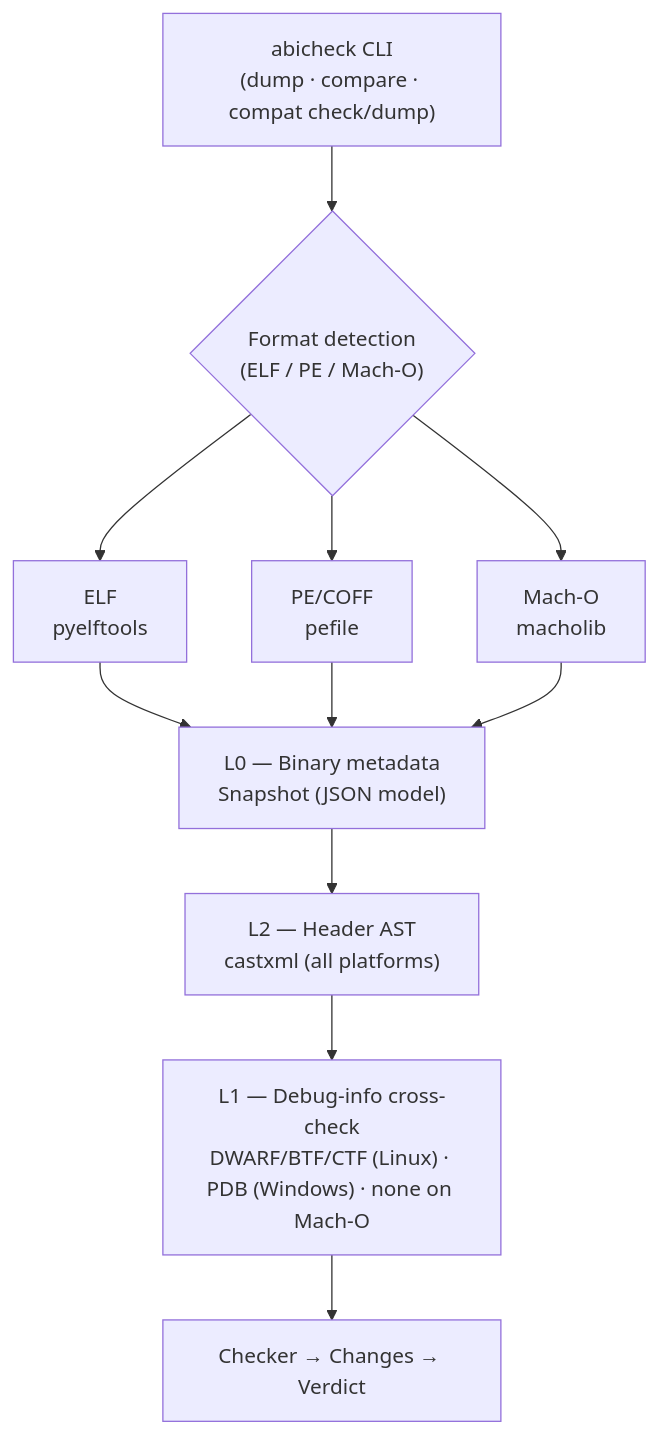
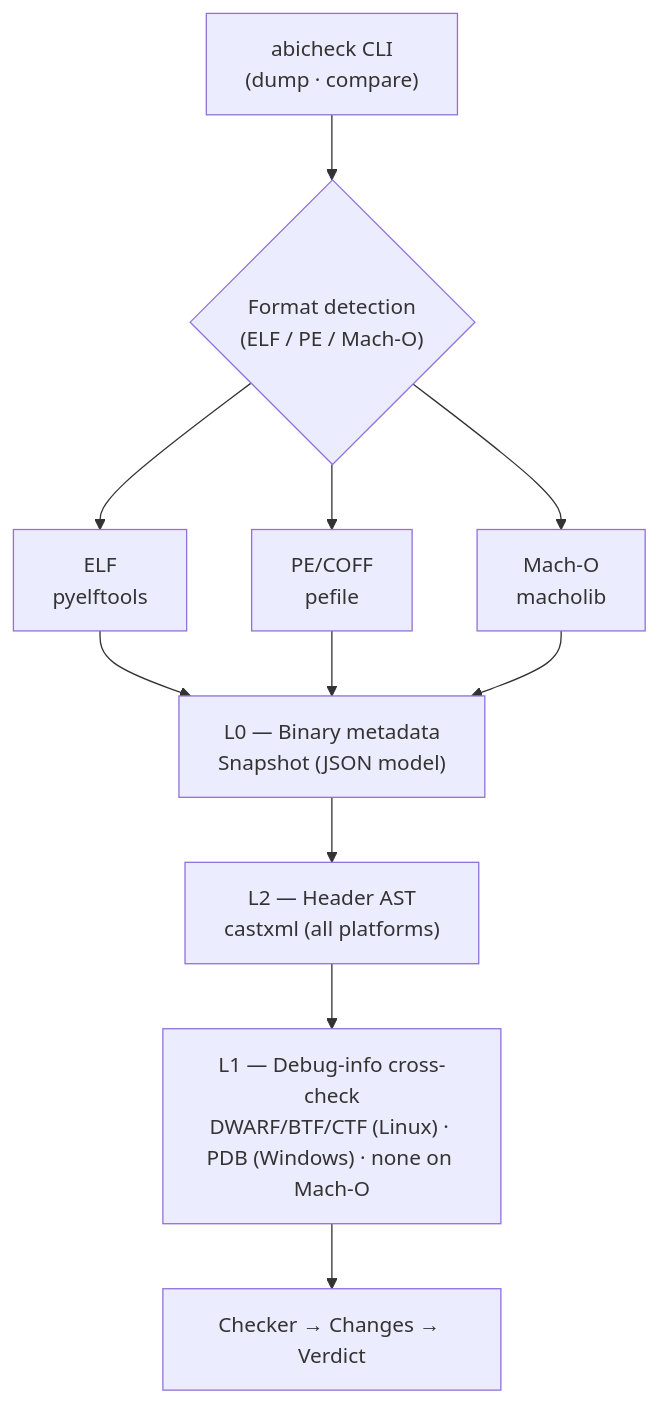
One commit to abicheck/abicheck changed the diagram in docs/learn/architecture.md. Above: the diagram before and after it, drawn with Mermaid. The commit also changed 264 other files, not shown here.

First line of the commit message:
refactor!: remove the ABICC compat front end (compat check/dump)

````diff
--- a/docs/learn/architecture.md
+++ b/docs/learn/architecture.md
@@ -44,23 +44,23 @@
 ```mermaid
 flowchart TD
-    CLI["abicheck CLI<br/>(dump · compare · compat check/dump)"]
+    CLI["abicheck CLI<br/>(dump · compare)"]
     FMT{"Format detection<br/>(ELF / PE / Mach-O)"}
     ELF["ELF<br/>pyelftools"]
     PE["PE/COFF<br/>pefile"]
     MACHO["Mach-O<br/>macholib"]
     SNAP["L0 — Binary metadata<br/>Snapshot (JSON model)"]
     AST["L2 — Header AST<br/>castxml (all platforms)"]
     DBG["L1 — Debug-info cross-check<br/>DWARF/BTF/CTF (Linux) · PDB (Windows) · none on Mach-O"]
     CHK["Checker → Changes → Verdict"]
 
     CLI --> FMT
     FMT --> ELF
     FMT --> PE
     FMT --> MACHO
     ELF --> SNAP
     PE --> SNAP
     MACHO --> SNAP
     SNAP --> AST
     AST --> DBG
     DBG --> CHK
 ```
````
